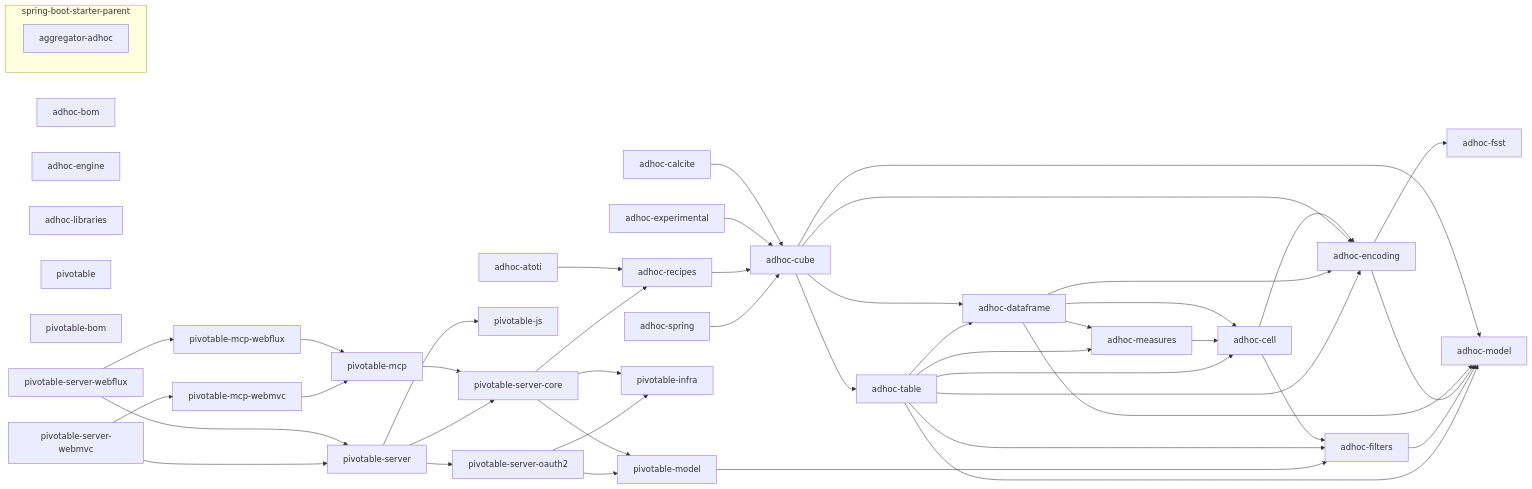
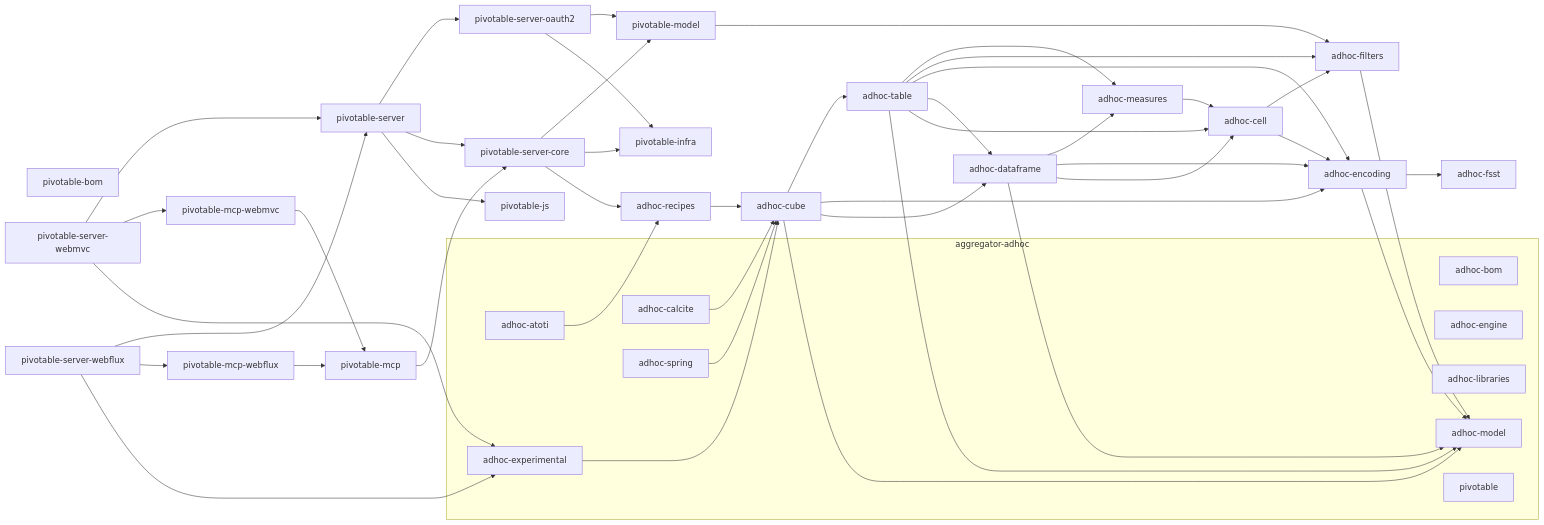
Before and after one commit to solven-eu/adhoc: the diagram in docs/DEPENDENCIES.mmd, drawn with Mermaid. The commit also changed 43 other files, not shown here.

```diff
--- a/docs/DEPENDENCIES.mmd
+++ b/docs/DEPENDENCIES.mmd
@@ -1,77 +1,78 @@
 flowchart LR
-    adhoc_atoti["adhoc-atoti"]
-    adhoc_bom["adhoc-bom"]
-    adhoc_calcite["adhoc-calcite"]
     adhoc_cell["adhoc-cell"]
     adhoc_cube["adhoc-cube"]
     adhoc_dataframe["adhoc-dataframe"]
     adhoc_encoding["adhoc-encoding"]
-    adhoc_engine["adhoc-engine"]
-    adhoc_experimental["adhoc-experimental"]
     adhoc_filters["adhoc-filters"]
     adhoc_fsst["adhoc-fsst"]
-    adhoc_libraries["adhoc-libraries"]
     adhoc_measures["adhoc-measures"]
-    adhoc_model["adhoc-model"]
     adhoc_recipes["adhoc-recipes"]
-    adhoc_spring["adhoc-spring"]
     adhoc_table["adhoc-table"]
-    pivotable["pivotable"]
     pivotable_bom["pivotable-bom"]
     pivotable_infra["pivotable-infra"]
     pivotable_js["pivotable-js"]
     pivotable_mcp["pivotable-mcp"]
     pivotable_mcp_webflux["pivotable-mcp-webflux"]
     pivotable_mcp_webmvc["pivotable-mcp-webmvc"]
     pivotable_model["pivotable-model"]
     pivotable_server["pivotable-server"]
     pivotable_server_core["pivotable-server-core"]
     pivotable_server_oauth2["pivotable-server-oauth2"]
     pivotable_server_webflux["pivotable-server-webflux"]
     pivotable_server_webmvc["pivotable-server-webmvc"]
 
-    subgraph spring-boot-starter-parent
-        aggregator_adhoc["aggregator-adhoc"]
+    subgraph aggregator-adhoc
+        adhoc_atoti["adhoc-atoti"]
+        adhoc_bom["adhoc-bom"]
+        adhoc_calcite["adhoc-calcite"]
+        adhoc_engine["adhoc-engine"]
+        adhoc_experimental["adhoc-experimental"]
+        adhoc_libraries["adhoc-libraries"]
+        adhoc_model["adhoc-model"]
+        adhoc_spring["adhoc-spring"]
+        pivotable["pivotable"]
     end
 
     adhoc_atoti --> adhoc_recipes
     adhoc_calcite --> adhoc_cube
     adhoc_cell --> adhoc_encoding
     adhoc_cell --> adhoc_filters
     adhoc_cube --> adhoc_dataframe
     adhoc_cube --> adhoc_encoding
     adhoc_cube --> adhoc_model
     adhoc_cube --> adhoc_table
     adhoc_dataframe --> adhoc_cell
     adhoc_dataframe --> adhoc_encoding
     adhoc_dataframe --> adhoc_measures
     adhoc_dataframe --> adhoc_model
     adhoc_encoding --> adhoc_fsst
     adhoc_encoding --> adhoc_model
     adhoc_experimental --> adhoc_cube
     adhoc_filters --> adhoc_model
     adhoc_measures --> adhoc_cell
     adhoc_recipes --> adhoc_cube
     adhoc_spring --> adhoc_cube
     adhoc_table --> adhoc_cell
     adhoc_table --> adhoc_dataframe
     adhoc_table --> adhoc_encoding
     adhoc_table --> adhoc_filters
     adhoc_table --> adhoc_measures
     adhoc_table --> adhoc_model
     pivotable_mcp --> pivotable_server_core
     pivotable_mcp_webflux --> pivotable_mcp
     pivotable_mcp_webmvc --> pivotable_mcp
     pivotable_model --> adhoc_filters
     pivotable_server --> pivotable_js
     pivotable_server --> pivotable_server_core
     pivotable_server --> pivotable_server_oauth2
     pivotable_server_core --> adhoc_recipes
     pivotable_server_core --> pivotable_infra
     pivotable_server_core --> pivotable_model
     pivotable_server_oauth2 --> pivotable_infra
     pivotable_server_oauth2 --> pivotable_model
+    pivotable_server_webflux --> adhoc_experimental
     pivotable_server_webflux --> pivotable_mcp_webflux
     pivotable_server_webflux --> pivotable_server
+    pivotable_server_webmvc --> adhoc_experimental
     pivotable_server_webmvc --> pivotable_mcp_webmvc
     pivotable_server_webmvc --> pivotable_server
```
